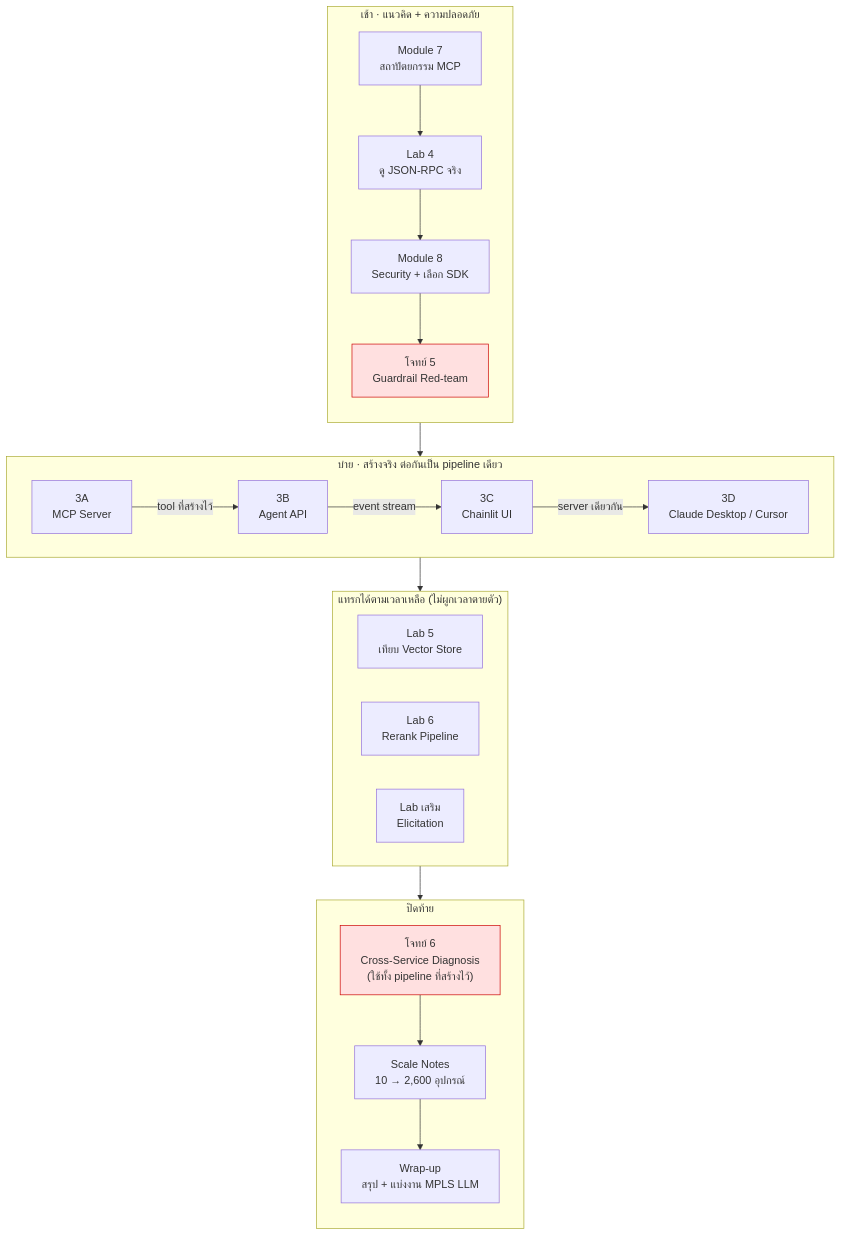
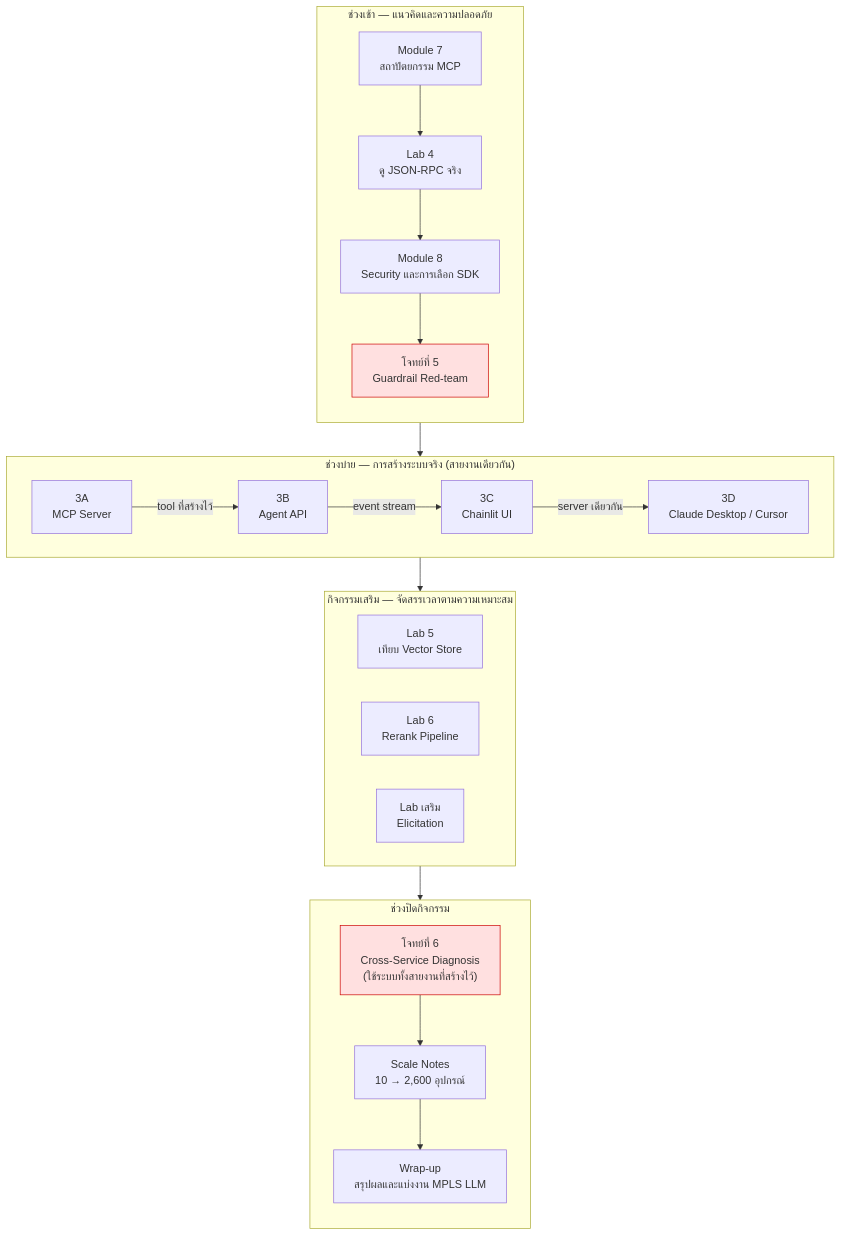
The diagram in INSTRUCTIONS/day3/00-day3-overview.md (LLM-CE-KMITL/mcp-workshop), drawn with Mermaid before and after one commit. The commit also changed other lines of this file, not shown here.

````diff
--- a/INSTRUCTIONS/day3/00-day3-overview.md
+++ b/INSTRUCTIONS/day3/00-day3-overview.md
@@ -9,38 +9,38 @@
 ```mermaid
 flowchart TD
-    subgraph M["เช้า · แนวคิด + ความปลอดภัย"]
+    subgraph M["ช่วงเช้า — แนวคิดและความปลอดภัย"]
         direction TB
         M1["Module 7<br/>สถาปัตยกรรม MCP"] --> M2["Lab 4<br/>ดู JSON-RPC จริง"]
-        M2 --> M3["Module 8<br/>Security + เลือก SDK"]
-        M3 --> M4["โจทย์ 5<br/>Guardrail Red-team"]
+        M2 --> M3["Module 8<br/>Security และการเลือก SDK"]
+        M3 --> M4["โจทย์ที่ 5<br/>Guardrail Red-team"]
     end
 
     M4 --> A
 
-    subgraph A["บ่าย · สร้างจริง ต่อกันเป็น pipeline เดียว"]
+    subgraph A["ช่วงบ่าย — การสร้างระบบจริง (สายงานเดียวกัน)"]
         direction LR
         A1["3A<br/>MCP Server"] -->|"tool ที่สร้างไว้"| A2["3B<br/>Agent API"]
         A2 -->|"event stream"| A3["3C<br/>Chainlit UI"]
         A3 -->|"server เดียวกัน"| A4["3D<br/>Claude Desktop / Cursor"]
     end
 
     A --> L
 
-    subgraph L["แทรกได้ตามเวลาเหลือ (ไม่ผูกเวลาตายตัว)"]
+    subgraph L["กิจกรรมเสริม — จัดสรรเวลาตามความเหมาะสม"]
         direction LR
         L1["Lab 5<br/>เทียบ Vector Store"]
         L2["Lab 6<br/>Rerank Pipeline"]
         L3["Lab เสริม<br/>Elicitation"]
     end
 
     L --> C
 
-    subgraph C["ปิดท้าย"]
+    subgraph C["ช่วงปิดกิจกรรม"]
         direction TB
-        C1["โจทย์ 6<br/>Cross-Service Diagnosis<br/>(ใช้ทั้ง pipeline ที่สร้างไว้)"] --> C2["Scale Notes<br/>10 → 2,600 อุปกรณ์"]
-        C2 --> C3["Wrap-up<br/>สรุป + แบ่งงาน MPLS LLM"]
+        C1["โจทย์ที่ 6<br/>Cross-Service Diagnosis<br/>(ใช้ระบบทั้งสายงานที่สร้างไว้)"] --> C2["Scale Notes<br/>10 → 2,600 อุปกรณ์"]
+        C2 --> C3["Wrap-up<br/>สรุปผลและแบ่งงาน MPLS LLM"]
     end
 
     style M4 fill:#ffe0e0,stroke:#c00
     style C1 fill:#ffe0e0,stroke:#c00
 ```
````
